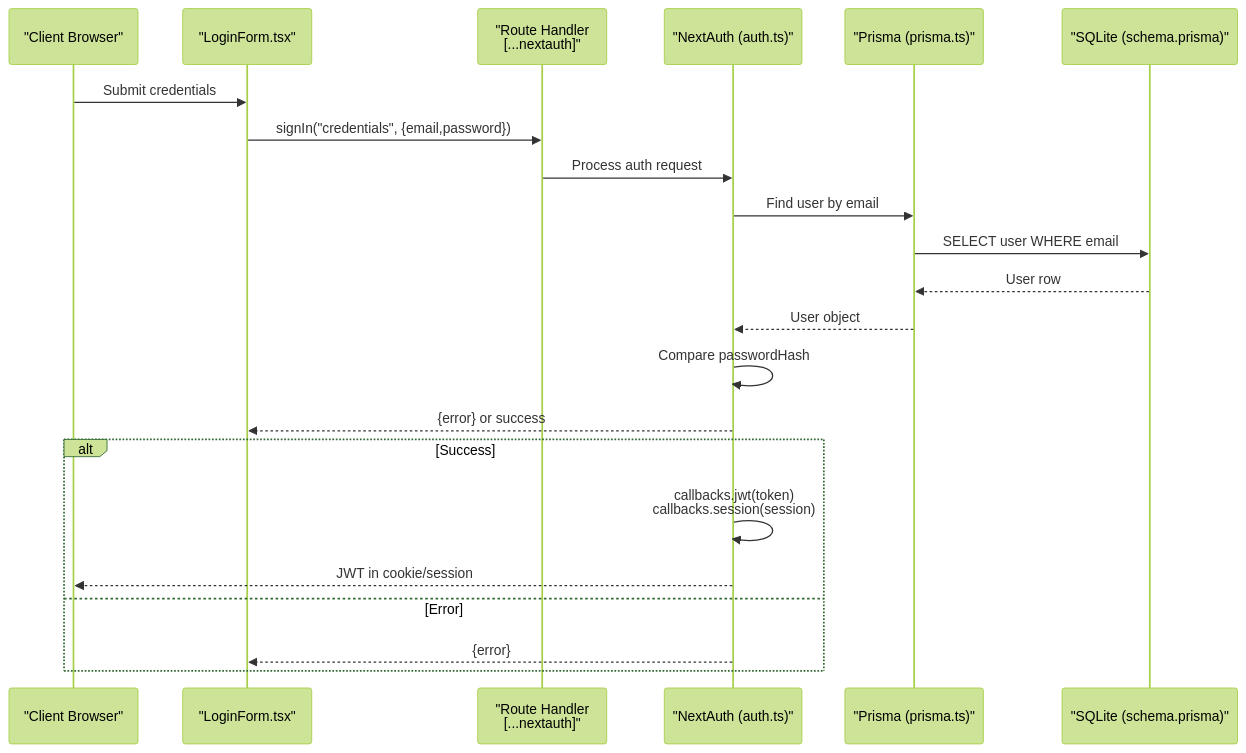
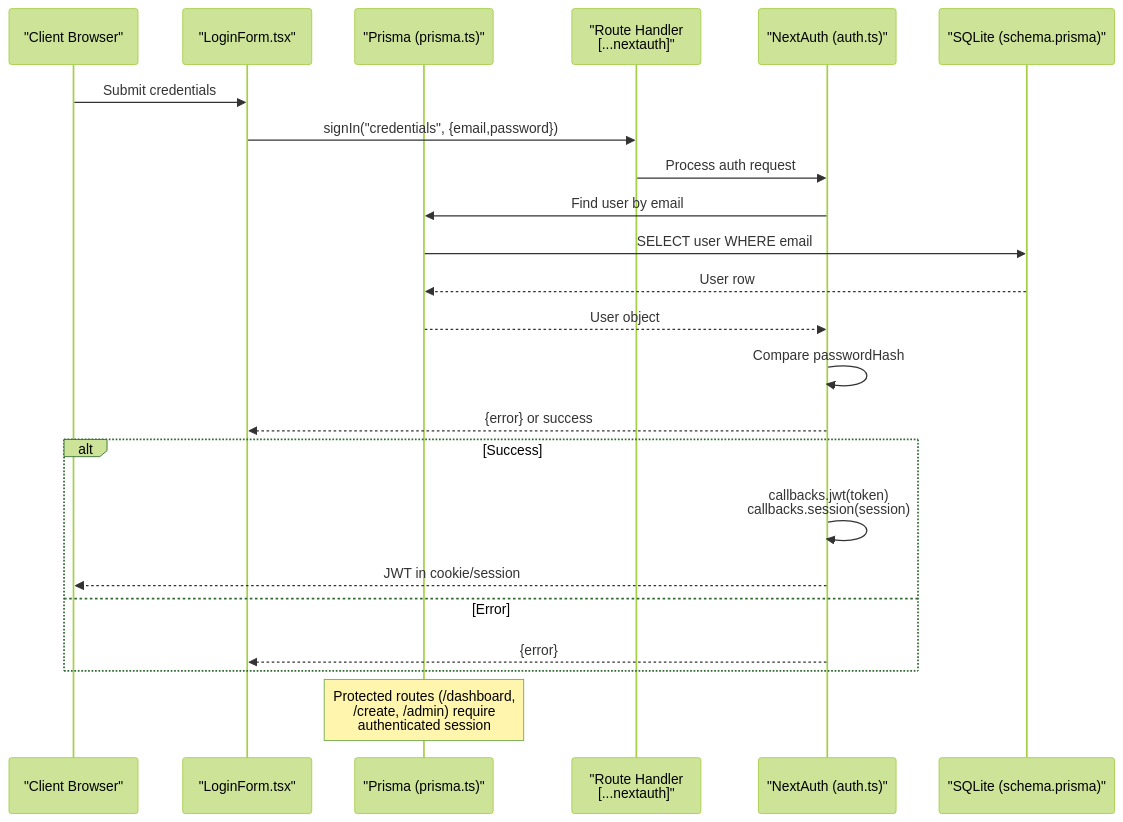
Before and after one commit to Crowdspender/titchybooks-app: the second of 5 diagrams in .qoder/repowiki/en/content/Authentication & Authorization/NextAuth Configuration & Setup.md, drawn with Mermaid (forest theme). The commit also changed other lines of this file and 23 other files, not shown here.

````diff
--- a/.qoder/repowiki/en/content/Authentication & Authorization/NextAuth Configuration & Setup.md
+++ b/.qoder/repowiki/en/content/Authentication & Authorization/NextAuth Configuration & Setup.md
@@ -110,24 +114,26 @@
 ```mermaid
 sequenceDiagram
 participant C as "Client Browser"
 participant L as "LoginForm.tsx"
+participant P as "Proxy (proxy.ts)"
 participant RH as "Route Handler<br/>[...nextauth]"
 participant N as "NextAuth (auth.ts)"
 participant P as "Prisma (prisma.ts)"
 participant D as "SQLite (schema.prisma)"
 C->>L : Submit credentials
 L->>RH : signIn("credentials", {email,password})
 RH->>N : Process auth request
 N->>P : Find user by email
 P->>D : SELECT user WHERE email
 D-->>P : User row
 P-->>N : User object
 N->>N : Compare passwordHash
 N-->>L : {error} or success
 alt Success
 N->>N : callbacks.jwt(token)<br/>callbacks.session(session)
 N-->>C : JWT in cookie/session
 else Error
 N-->>L : {error}
 end
+Note over P : Protected routes (/dashboard,<br/>/create, /admin) require<br/>authenticated session
 ```
````
